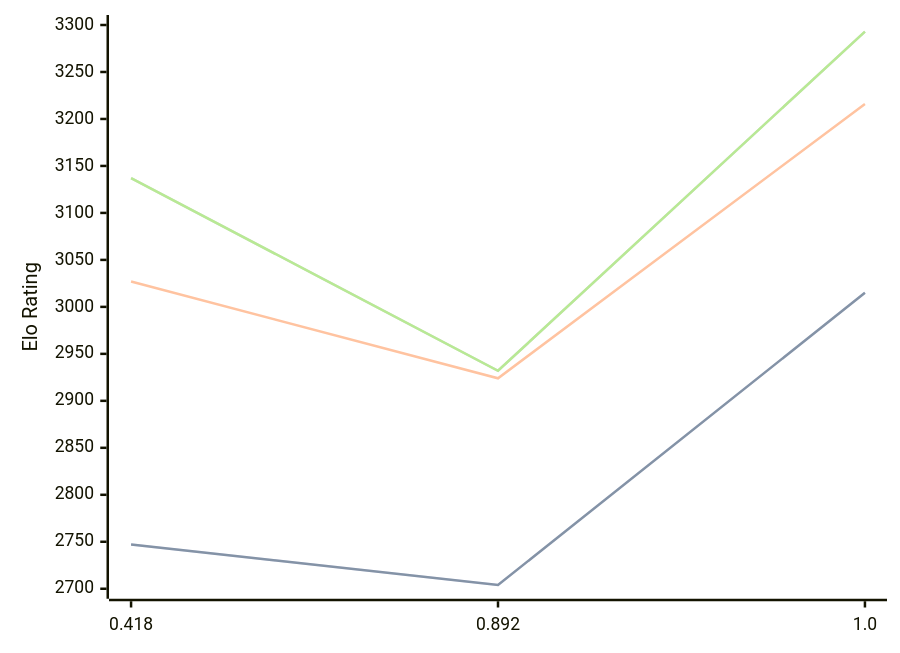
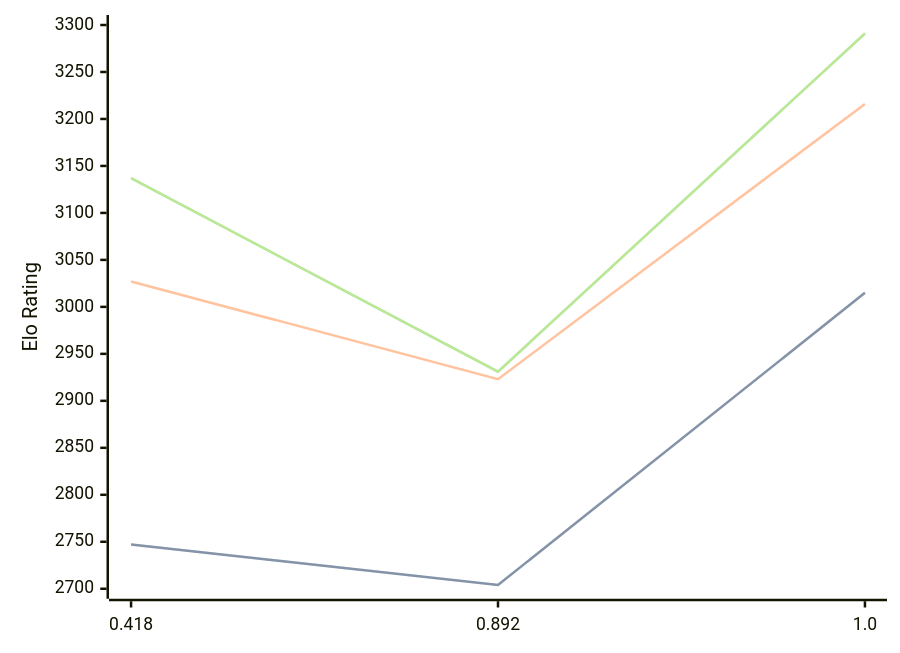
Before and after one commit to computer-chess-index/cci: the diagram in engines/Malika.md, drawn with Mermaid. The commit also changed other lines of this file, not shown here.

Commit message:
Update CCI Ratings (ELO VLTC) - 2026-04-17

````diff
--- a/engines/Malika.md
+++ b/engines/Malika.md
@@ -33,11 +33,11 @@
 ```mermaid
 %%{init: {"theme":"base","themeVariables":{"seriesColors:['#a3a3a3','#222221','#faa371']}}}%%
 xychart-beta
   x-axis ["0.418", "0.892", "1.0"]
   y-axis "Elo Rating" 2700 --> 3300
   line "STC (8.0+0.08s)" [2747, 2704, 3015]
   line "STC (8.0+0.08s)" [2747, 2704, 3015]
-  line "LTC (60.0+0.60s)" [3027, 2924, 3216]
-  line "VLTC (2m24s+1.12s)" [3137, 2932, 3293]
-  line "VLTC (2m24s+1.12s)" [3137, 2932, 3293]
+  line "LTC (60.0+0.60s)" [3027, 2923, 3216]
+  line "VLTC (2m24s+1.12s)" [3137, 2931, 3291]
+  line "VLTC (2m24s+1.12s)" [3137, 2931, 3291]
 ```
````
